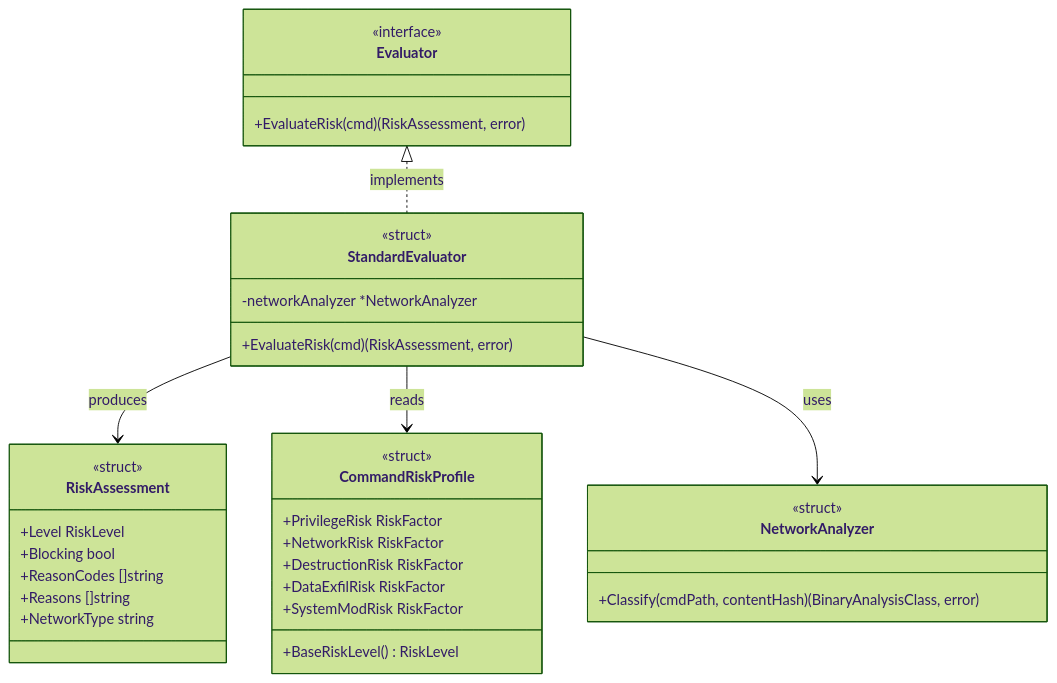
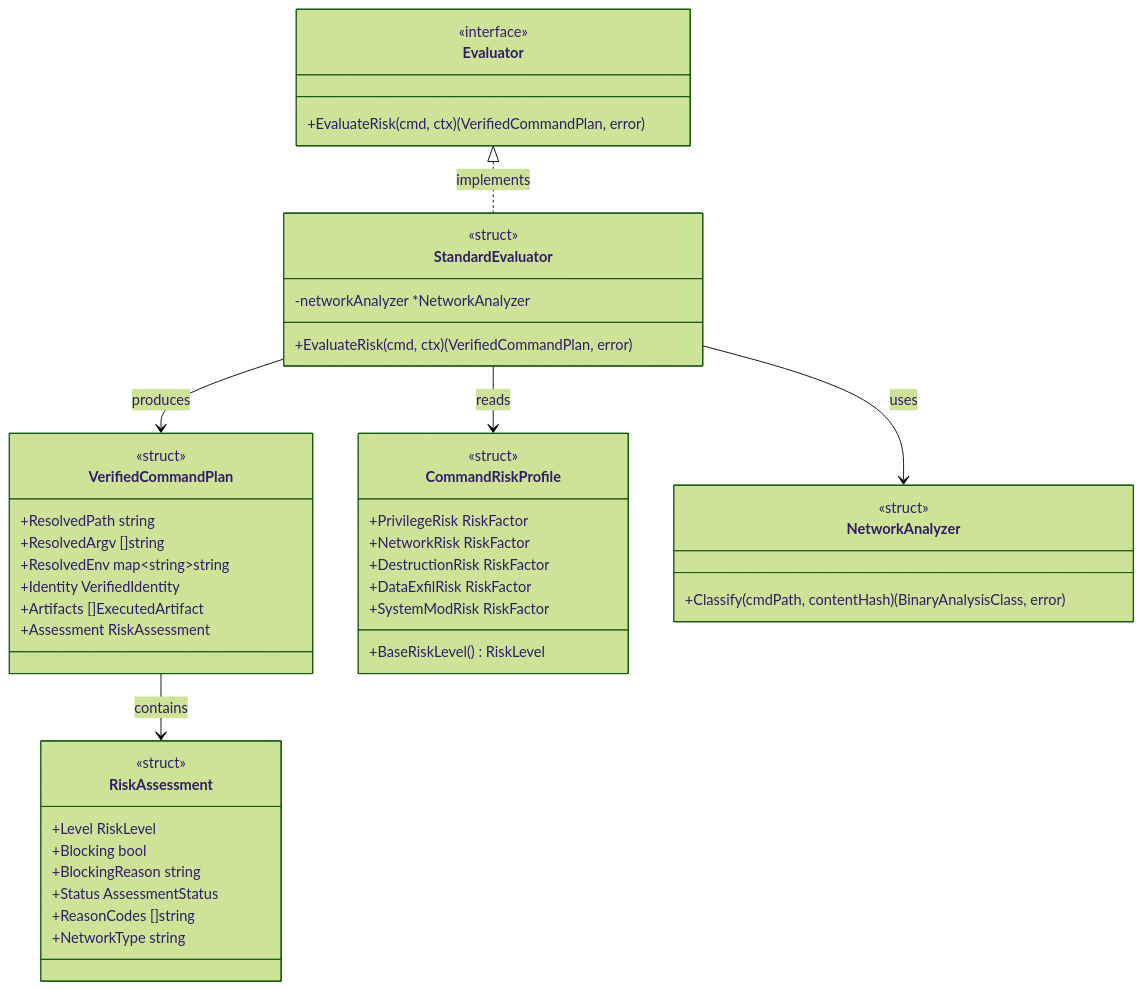
The eighth of 12 diagrams in docs/tasks/0136_runtime_risk_evaluation_enforcement/02_architecture.md (isseis/go-safe-cmd-runner), drawn with Mermaid (forest theme) before and after one commit. The commit also changed other lines of this file, not shown here.

````diff
--- a/docs/tasks/0136_runtime_risk_evaluation_enforcement/02_architecture.md
+++ b/docs/tasks/0136_runtime_risk_evaluation_enforcement/02_architecture.md
@@ -265,37 +316,48 @@
 ```mermaid
 classDiagram
     class Evaluator {
         <<interface>>
-        +EvaluateRisk(cmd) (RiskAssessment, error)
+        +EvaluateRisk(cmd, ctx) (VerifiedCommandPlan, error)
     }
     class StandardEvaluator {
         <<struct>>
         -networkAnalyzer *NetworkAnalyzer
-        +EvaluateRisk(cmd) (RiskAssessment, error)
+        +EvaluateRisk(cmd, ctx) (VerifiedCommandPlan, error)
+    }
+    class VerifiedCommandPlan {
+        <<struct>>
+        +ResolvedPath string
+        +ResolvedArgv []string
+        +ResolvedEnv map~string~string
+        +Identity VerifiedIdentity
+        +Artifacts []ExecutedArtifact
+        +Assessment RiskAssessment
     }
     class RiskAssessment {
         <<struct>>
         +Level RiskLevel
         +Blocking bool
+        +BlockingReason string
+        +Status AssessmentStatus
         +ReasonCodes []string
-        +Reasons []string
         +NetworkType string
     }
     class CommandRiskProfile {
         <<struct>>
         +PrivilegeRisk RiskFactor
         +NetworkRisk RiskFactor
         +DestructionRisk RiskFactor
         +DataExfilRisk RiskFactor
         +SystemModRisk RiskFactor
         +BaseRiskLevel() RiskLevel
     }
     class NetworkAnalyzer {
         <<struct>>
         +Classify(cmdPath, contentHash) (BinaryAnalysisClass, error)
     }
     Evaluator <|.. StandardEvaluator : implements
-    StandardEvaluator --> RiskAssessment : produces
+    StandardEvaluator --> VerifiedCommandPlan : produces
+    VerifiedCommandPlan --> RiskAssessment : contains
     StandardEvaluator --> CommandRiskProfile : reads
     StandardEvaluator --> NetworkAnalyzer : uses
 ```
````
